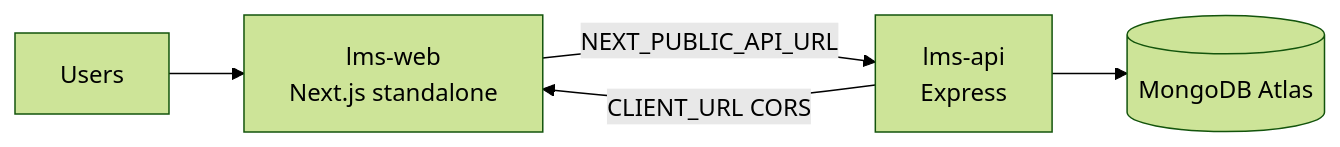
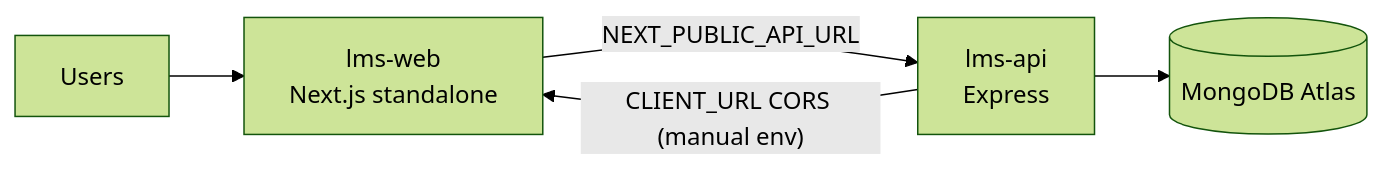
Before and after one commit to ashu6783/Lendly: the third of 4 diagrams in README.md, drawn with Mermaid (forest theme). The commit also changed other lines of this file and 4 other files, not shown here.

````diff
--- a/README.md
+++ b/README.md
@@ -95,7 +95,7 @@
 ```mermaid
 flowchart LR
   User["Users"] --> WebSvc["lms-web\nNext.js standalone"]
   WebSvc -->|"NEXT_PUBLIC_API_URL"| ApiSvc["lms-api\nExpress"]
   ApiSvc --> Atlas[(MongoDB Atlas)]
-  ApiSvc -->|"CLIENT_URL CORS"| WebSvc
+  ApiSvc -->|"CLIENT_URL CORS (manual env)"| WebSvc
 ```
````
